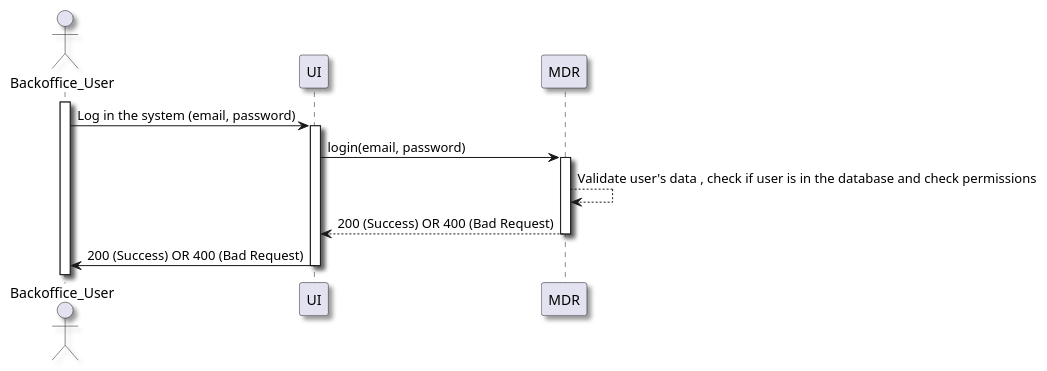
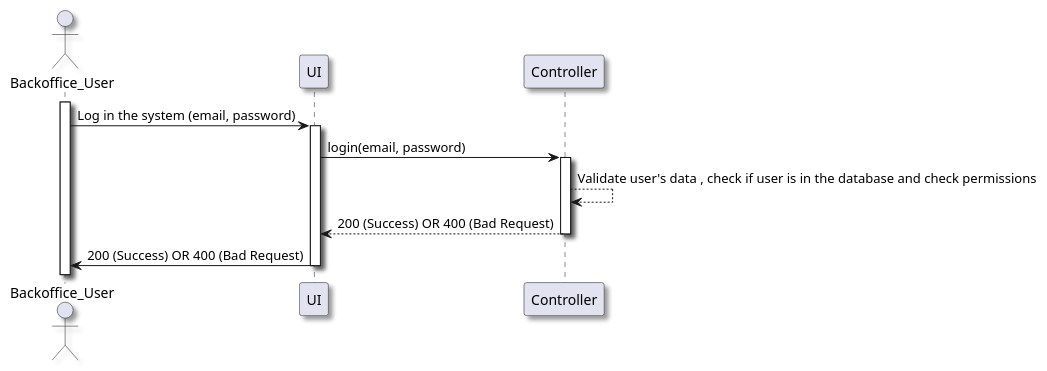
One commit to vscosousa/LAPR5_3DC_G15 changed the diagram in docs/sprint_A/us_5.1.6/level_2/puml/level_2.puml. Above: the diagram before and after it, drawn with PlantUML. The commit also changed 16 other files, not shown here.

```diff
--- a/docs/sprint_A/us_5.1.6/level_2/puml/level_2.puml
+++ b/docs/sprint_A/us_5.1.6/level_2/puml/level_2.puml
@@ -1,21 +1,21 @@
-@startuml US5.1.6 - As a (non-authenticated) Backoffice User, I want to log in to the system using my credentials Level 2
+@startuml level_2
 'https://plantuml.com/sequence-diagram
 skinparam handwritten false
 skinparam monochrome false
 skinparam packageStyle rect
 skinparam defaultFontName FG Virgil
 skinparam shadowing true
 
 actor Backoffice_User as BOU
 activate BOU
 BOU -> UI: Log in the system (email, password)
 activate UI
-UI -> MDR: login(email, password)
-activate MDR
-MDR --> MDR: Validate user's data , check if user is in the database and check permissions
-MDR --> UI: 200 (Success) OR 400 (Bad Request)
-deactivate MDR
+UI -> Controller: login(email, password)
+activate Controller
+Controller --> Controller: Validate user's data , check if user is in the database and check permissions
+Controller --> UI: 200 (Success) OR 400 (Bad Request)
+deactivate Controller
 UI -> BOU: 200 (Success) OR 400 (Bad Request)
 deactivate UI
 
 @enduml
```
